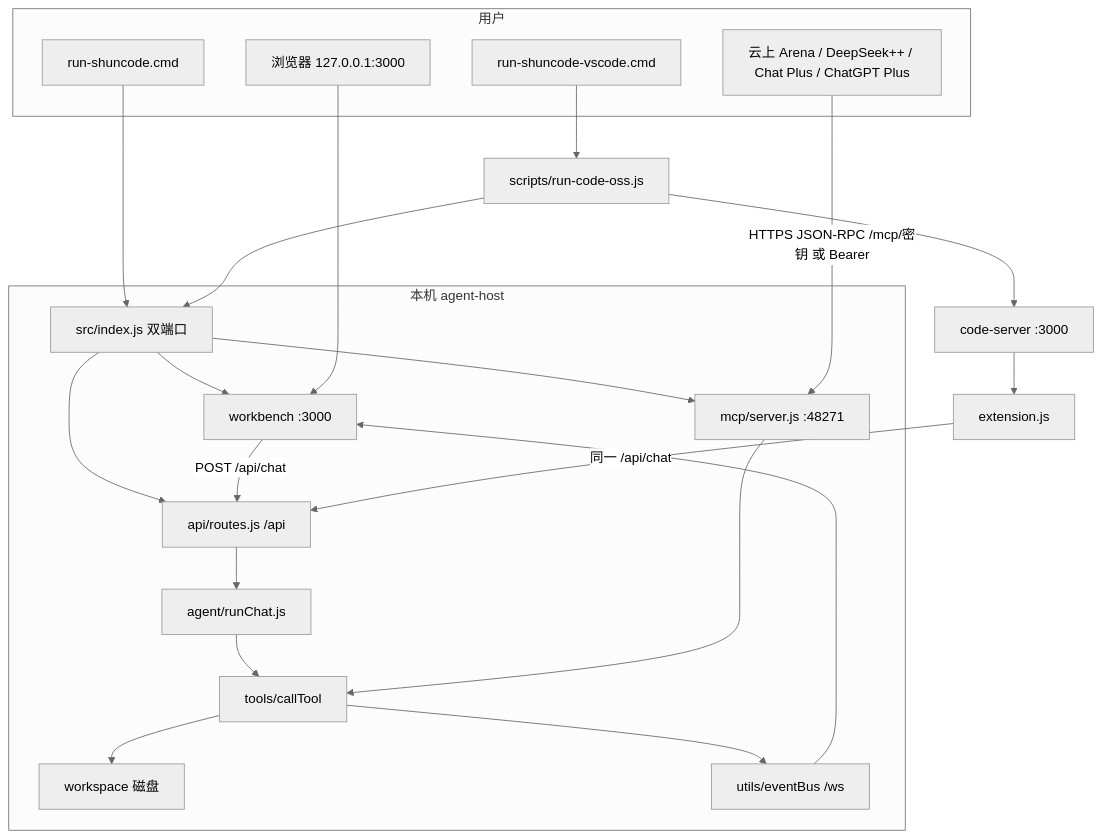
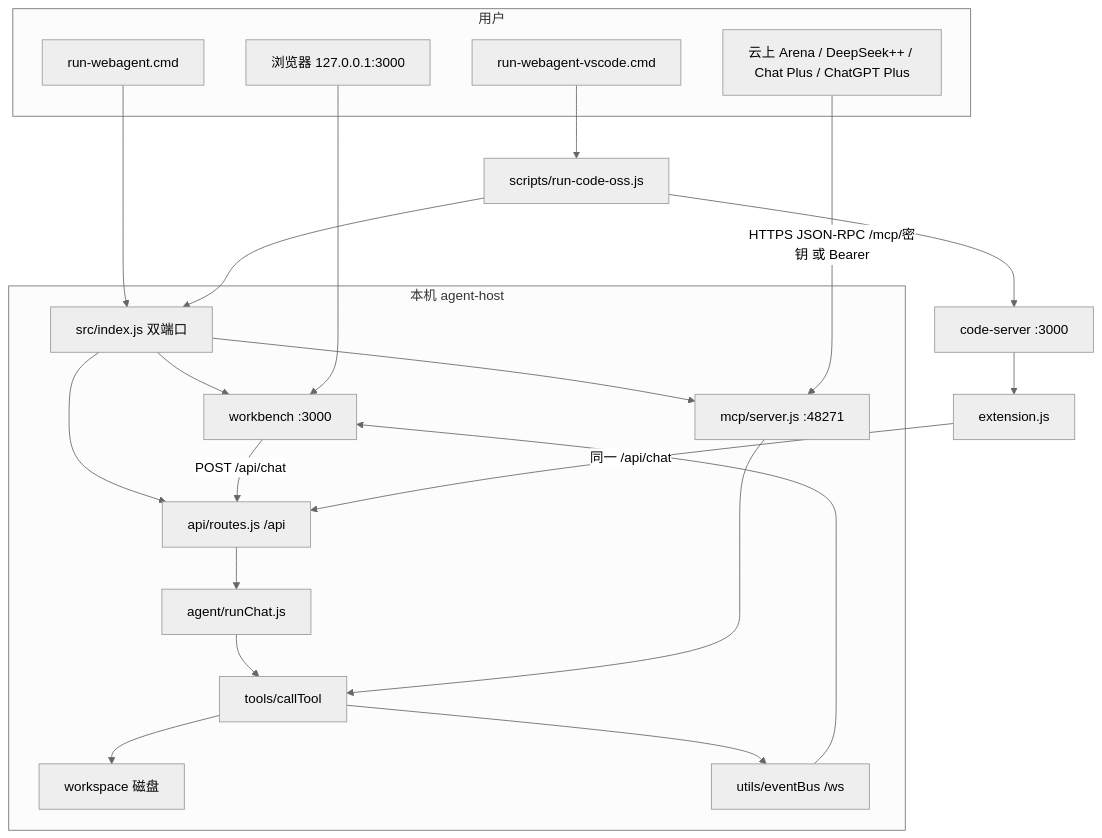
Before and after one commit to cccjvav/web_agent: the diagram in 总览.md, drawn with Mermaid (neutral theme). The commit also changed other lines of this file and 212 other files, not shown here.

````diff
--- a/总览.md
+++ b/总览.md
@@ -97,39 +97,39 @@
 ```mermaid
 flowchart TB
   subgraph user [用户]
-    CMD[run-shuncode.cmd]
+    CMD[run-webagent.cmd]
     Browser[浏览器 127.0.0.1:3000]
     WebAI[云上 Arena / DeepSeek++ / Chat Plus / ChatGPT Plus]
-    VscCmd[run-shuncode-vscode.cmd]
+    VscCmd[run-webagent-vscode.cmd]
   end
 
   subgraph host [本机 agent-host]
     Index[src/index.js 双端口]
     UI[workbench :3000]
     MCP[mcp/server.js :48271]
     API[api/routes.js /api]
     Chat[agent/runChat.js]
     Tools[tools/callTool]
     Disk[workspace 磁盘]
     WS[utils/eventBus /ws]
   end
 
   CMD --> Index
   Index --> UI
   Index --> MCP
   Index --> API
   Browser --> UI
   UI -->|POST /api/chat| API
   API --> Chat
   Chat --> Tools
   WebAI -->|HTTPS JSON-RPC /mcp/密钥 或 Bearer| MCP
   MCP --> Tools
   Tools --> Disk
   Tools --> WS
   WS --> UI
   VscCmd --> Scripts[scripts/run-code-oss.js]
   Scripts --> Index
   Scripts --> CS[code-server :3000]
   CS --> Ext[extension.js]
   Ext -->|同一 /api/chat| API
 ```
````
